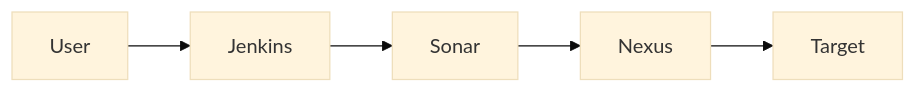
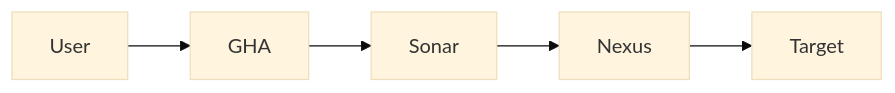
The fourth of 4 diagrams in README.md (devarab1/Diagrams), drawn with Mermaid (base theme) before and after one commit.

````diff
--- a/README.md
+++ b/README.md
@@ -65,7 +65,7 @@
 ```mermaid
 graph LR
-    User --> Jenkins
-    Jenkins --> Sonar
+    User --> GHA
+    GHA --> Sonar
     Sonar --> Nexus
     Nexus --> Target
 ```
````
